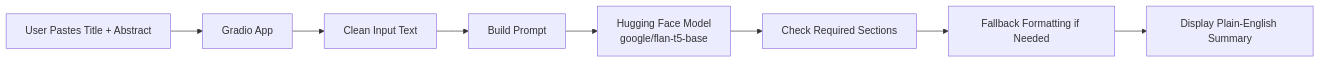
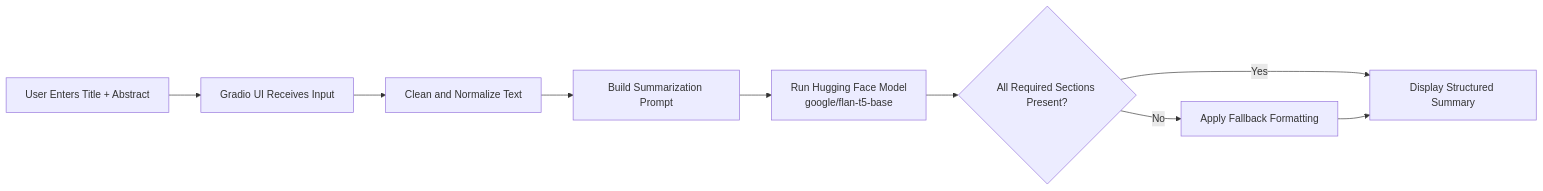
Before and after one commit to JobinJohn24/Scientific-Paper-Summarizer: the diagram in README.md, drawn with Mermaid.

Commit message:
Refine README workflow diagram

````diff
--- a/README.md
+++ b/README.md
@@ -75,10 +75,11 @@
 ```mermaid
 flowchart LR
-    A["User Pastes Title + Abstract"] --> B["Gradio App"]
-    B --> C["Clean Input Text"]
-    C --> D["Build Prompt"]
-    D --> E["Hugging Face Model<br/>google/flan-t5-base"]
-    E --> F["Check Required Sections"]
-    F --> G["Fallback Formatting if Needed"]
-    G --> H["Display Plain-English Summary"]
+    A["User Enters Title + Abstract"] --> B["Gradio UI Receives Input"]
+    B --> C["Clean and Normalize Text"]
+    C --> D["Build Summarization Prompt"]
+    D --> E["Run Hugging Face Model<br/>google/flan-t5-base"]
+    E --> F{"All Required Sections Present?"}
+    F -- Yes --> G["Display Structured Summary"]
+    F -- No --> H["Apply Fallback Formatting"]
+    H --> G
 ```
````
